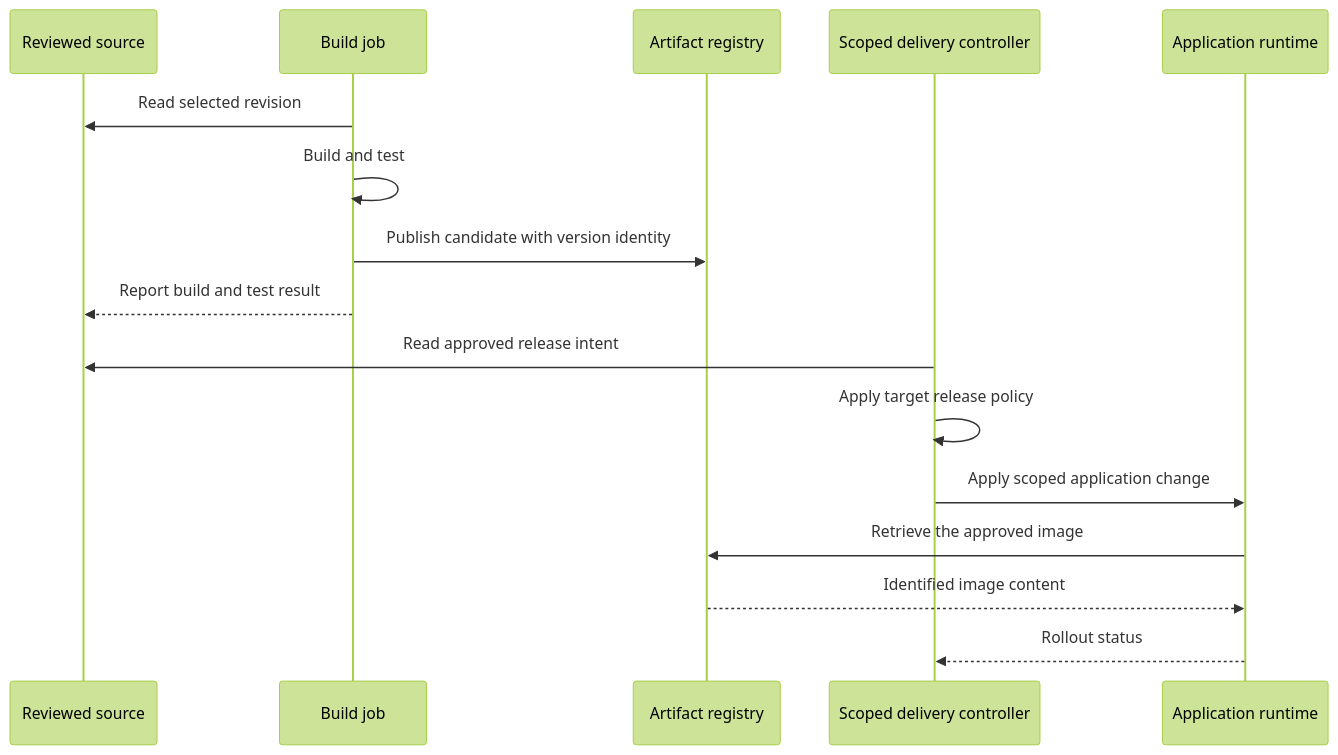
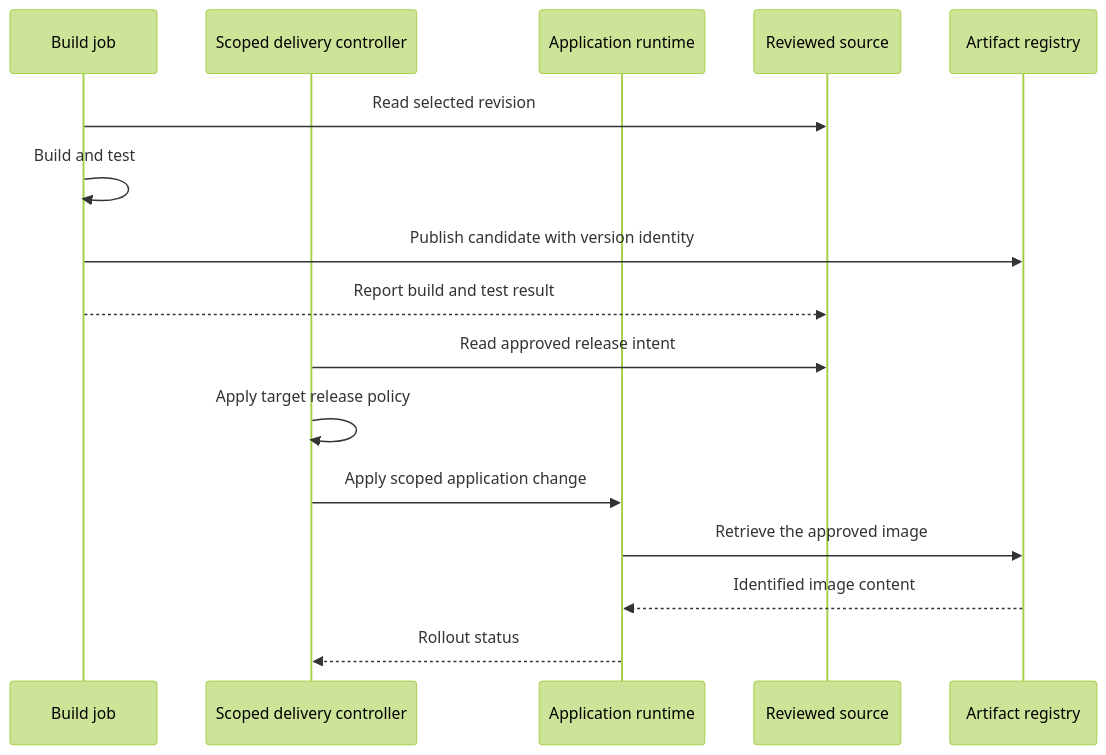
One commit to Rexus/homelab changed the second of 2 diagrams in docs/01-architecture/10-delivery/README.md. Above: the diagram before and after it, drawn with Mermaid (forest theme). The commit also changed other lines of this file and 108 other files, not shown here.

Commit message:
docs(diagrams): unify visual language and opening views

````diff
--- a/docs/01-architecture/10-delivery/README.md
+++ b/docs/01-architecture/10-delivery/README.md
@@ -86,18 +93,18 @@
 ```mermaid
 sequenceDiagram
-  participant Source as Reviewed source
   participant Build as Build job
-  participant Registry as Artifact registry
   participant Delivery as Scoped delivery controller
   participant Runtime as Application runtime
+  participant Source as Reviewed source
+  participant Registry as Artifact registry
   Build->>Source: Read selected revision
   Build->>Build: Build and test
   Build->>Registry: Publish candidate with version identity
   Build-->>Source: Report build and test result
   Delivery->>Source: Read approved release intent
   Delivery->>Delivery: Apply target release policy
   Delivery->>Runtime: Apply scoped application change
   Runtime->>Registry: Retrieve the approved image
   Registry-->>Runtime: Identified image content
   Runtime-->>Delivery: Rollout status
 ```
````
